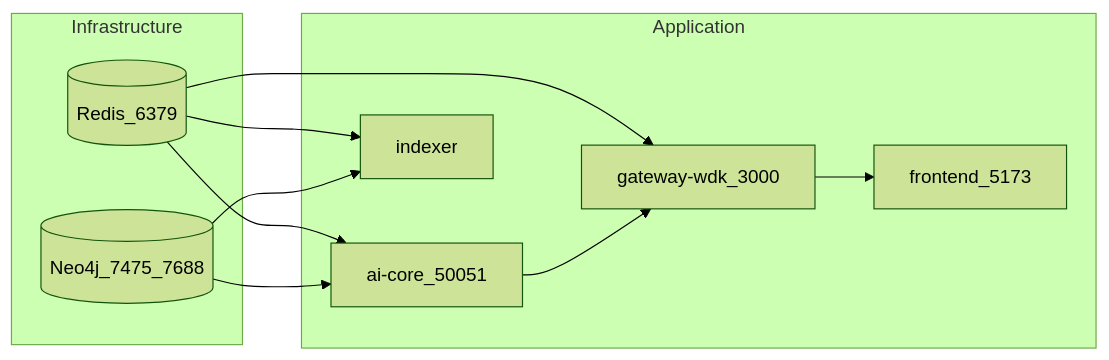
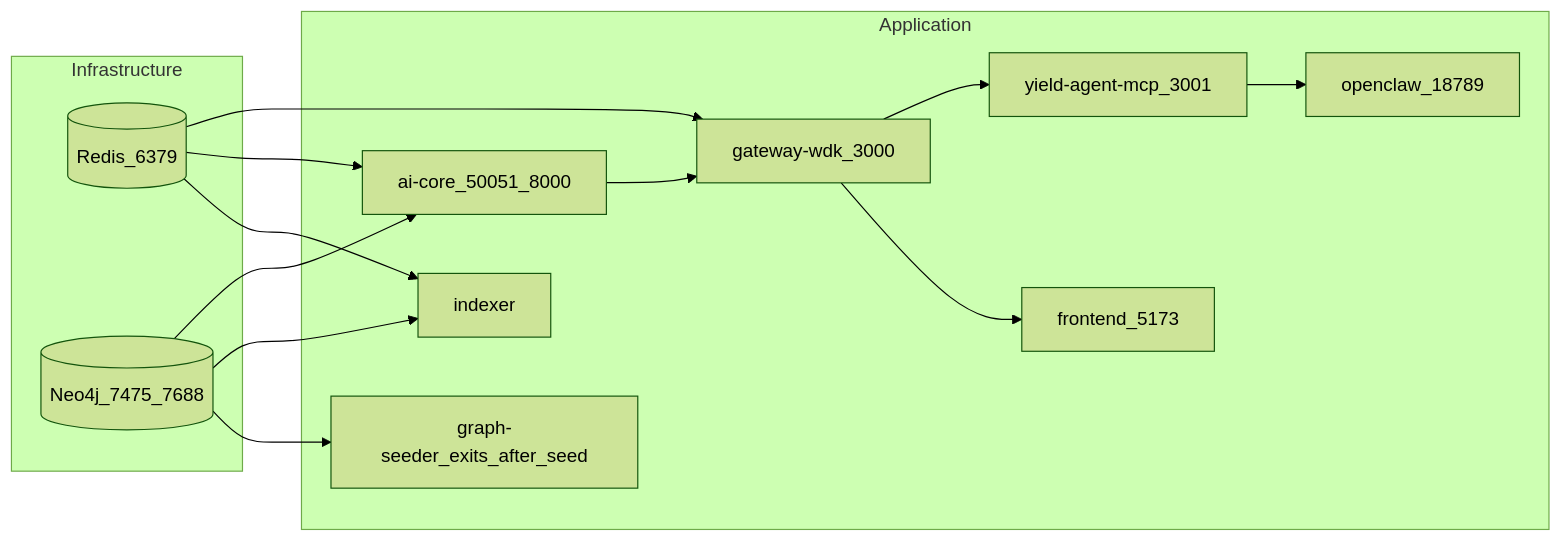
One commit to Godwin-88/probable-octo-chainsaw changed the diagram in docs/SETUP.md. Above: the diagram before and after it, drawn with Mermaid (forest theme). The commit also changed other lines of this file and 3208 other files, not shown here.

````diff
--- a/docs/SETUP.md
+++ b/docs/SETUP.md
@@ -20,20 +40,26 @@
 ```mermaid
 flowchart LR
   subgraph infra [Infrastructure]
     Redis[(Redis_6379)]
     Neo4j[(Neo4j_7475_7688)]
   end
   subgraph app [Application]
     Gateway[gateway-wdk_3000]
-    AICore[ai-core_50051]
+    AICore[ai-core_50051_8000]
+    MCP[yield-agent-mcp_3001]
+    OpenClaw[openclaw_18789]
     Frontend[frontend_5173]
     Indexer[indexer]
+    GraphSeeder[graph-seeder_exits_after_seed]
   end
   Redis --> Gateway
   Redis --> AICore
   Redis --> Indexer
   Neo4j --> AICore
   Neo4j --> Indexer
+  Neo4j --> GraphSeeder
   AICore --> Gateway
+  Gateway --> MCP
+  MCP --> OpenClaw
   Gateway --> Frontend
 ```
````
